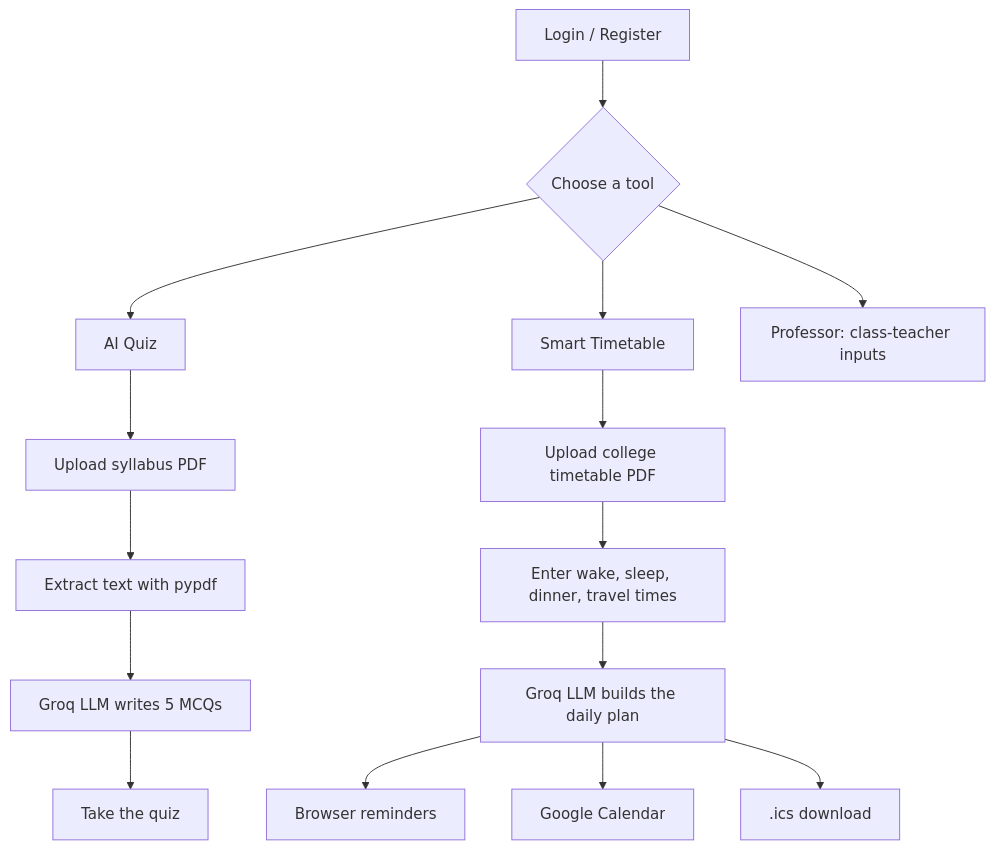
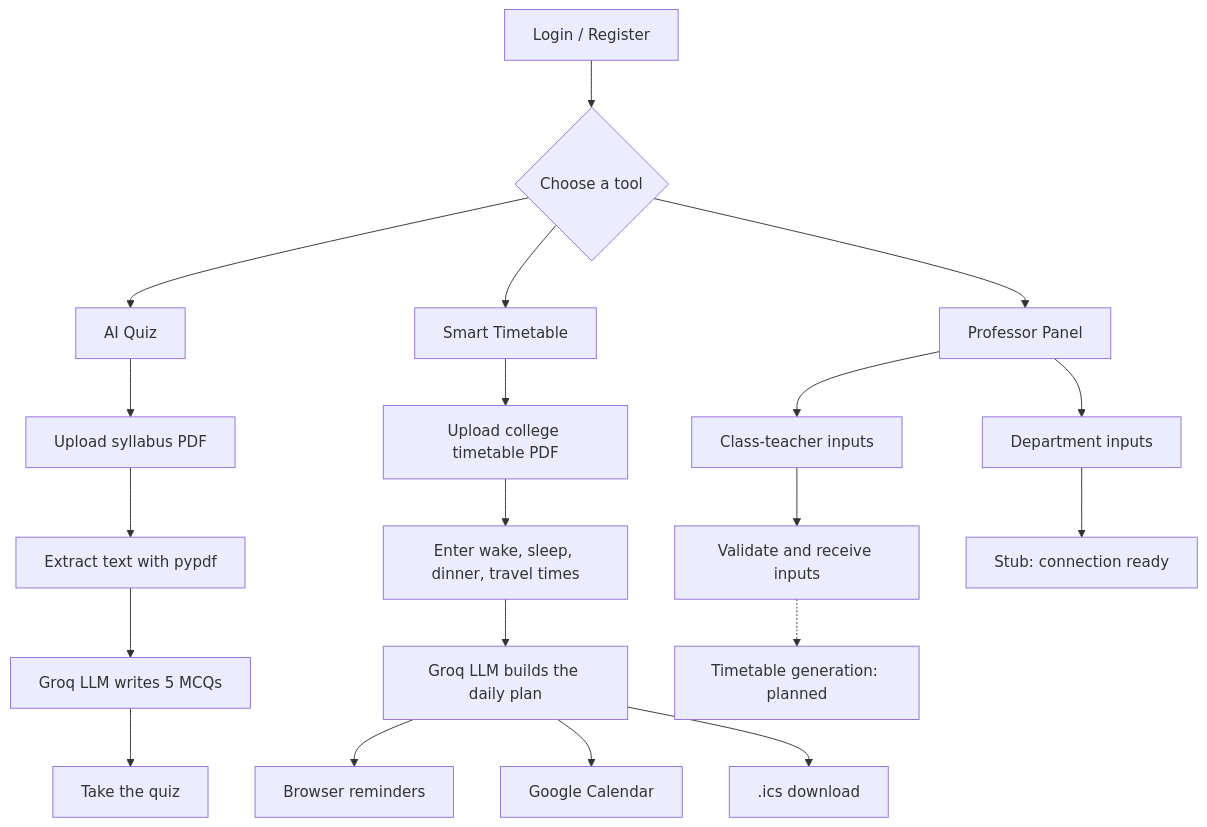
One commit to sakshidange06/Smart_Time_Table changed the diagram in README.md. Above: the diagram before and after it, drawn with Mermaid. The commit also changed other lines of this file, not shown here.

````diff
--- a/README.md
+++ b/README.md
@@ -71,17 +76,22 @@
 ```mermaid
 flowchart TD
     A[Login / Register] --> B{Choose a tool}
     B --> C[AI Quiz]
     B --> D[Smart Timetable]
-    B --> P[Professor: class-teacher inputs]
+    B --> P[Professor Panel]
     C --> C1[Upload syllabus PDF]
     C1 --> C2[Extract text with pypdf]
     C2 --> C3[Groq LLM writes 5 MCQs]
     C3 --> C4[Take the quiz]
     D --> D1[Upload college timetable PDF]
     D1 --> D2[Enter wake, sleep, dinner, travel times]
     D2 --> D3[Groq LLM builds the daily plan]
     D3 --> D4[Browser reminders]
     D3 --> D5[Google Calendar]
     D3 --> D6[.ics download]
+    P --> P1[Class-teacher inputs]
+    P --> P2[Department inputs]
+    P1 --> P3[Validate and receive inputs]
+    P2 --> P4[Stub: connection ready]
+    P3 -.-> P5[Timetable generation: planned]
 ```
````
